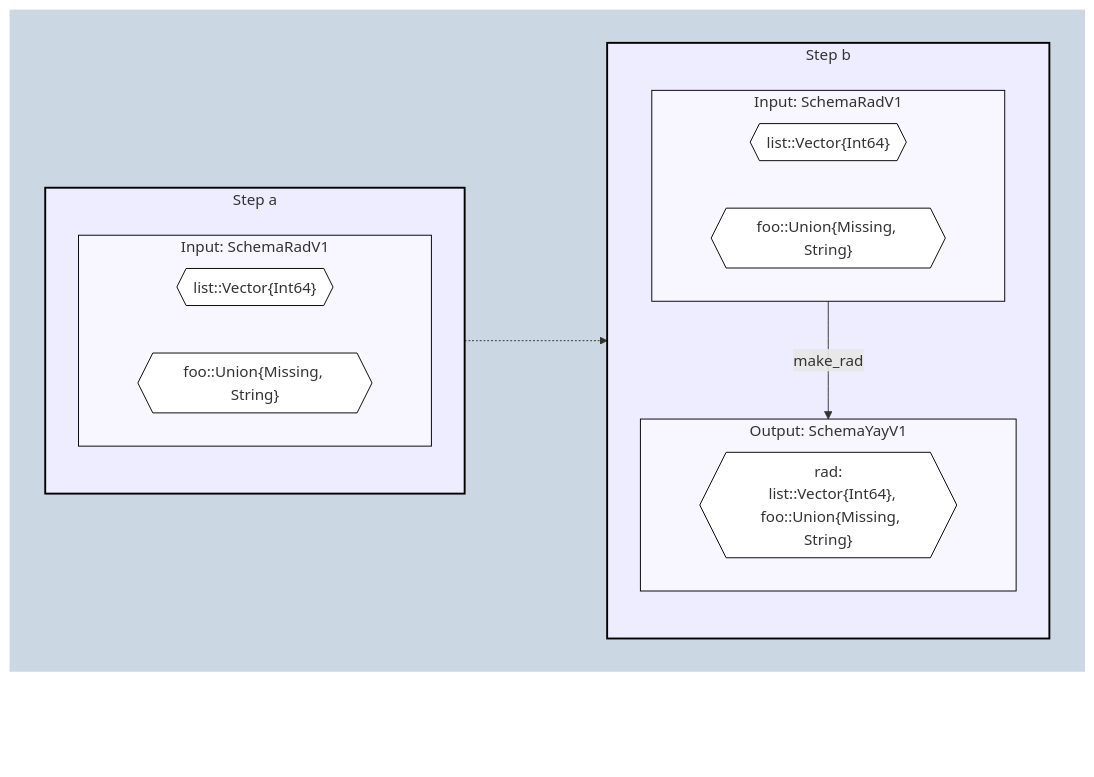
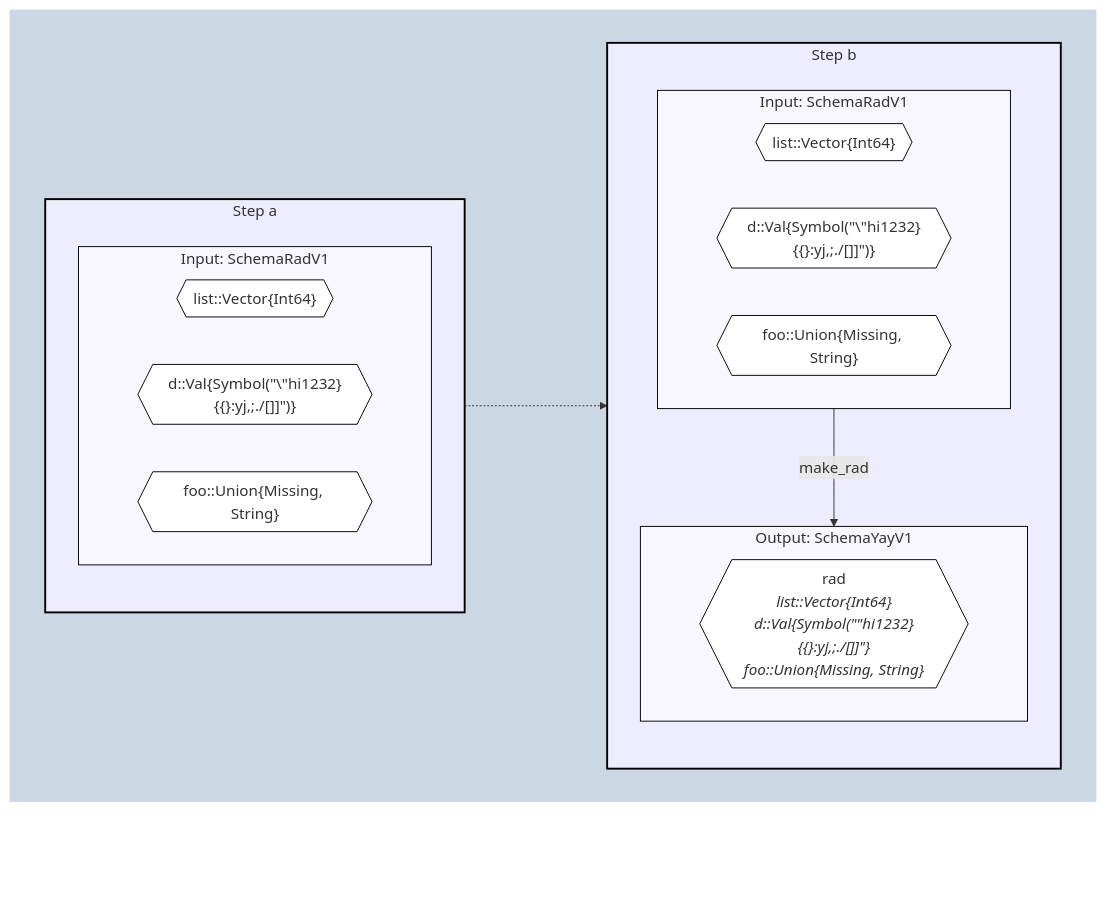
Before and after one commit to beacon-biosignals/TransformSpecifications.jl: the diagram in test/reference_tests/mermaid_custom.md, drawn with Mermaid. The commit also changed 7 other files, not shown here.

First line of the commit message:
Fix missing escaping in mermaid diagram (#28)

````diff
--- a/test/reference_tests/mermaid_custom.md
+++ b/test/reference_tests/mermaid_custom.md
@@ -1,48 +1,53 @@
 ```mermaid
 flowchart
 
 %% Define steps (nodes)
 subgraph OUTERLEVEL["` `"]
 direction LR
-subgraph STEP_A[Step a]
+subgraph STEP_A["Step a"]
   direction TB
-  subgraph STEP_A_InputSchema[Input: SchemaRadV1]
+  subgraph STEP_A_InputSchema["Input: SchemaRadV1"]
     direction RL
     STEP_A_InputSchemalist{{"list::Vector{Int64}"}}
     class STEP_A_InputSchemalist classSpecField
+    STEP_A_InputSchemad{{"d::Val{Symbol(#quot;\#quot;hi1232}{{}:yj,;./[]]#quot;)}"}}
+    class STEP_A_InputSchemad classSpecField
     STEP_A_InputSchemafoo{{"foo::Union{Missing, String}"}}
     class STEP_A_InputSchemafoo classSpecField
   end
   class STEP_A_InputSchema classSpec
 end
-subgraph STEP_B[Step b]
+subgraph STEP_B["Step b"]
   direction TB
-  subgraph STEP_B_InputSchema[Input: SchemaRadV1]
+  subgraph STEP_B_InputSchema["Input: SchemaRadV1"]
     direction RL
     STEP_B_InputSchemalist{{"list::Vector{Int64}"}}
     class STEP_B_InputSchemalist classSpecField
+    STEP_B_InputSchemad{{"d::Val{Symbol(#quot;\#quot;hi1232}{{}:yj,;./[]]#quot;)}"}}
+    class STEP_B_InputSchemad classSpecField
     STEP_B_InputSchemafoo{{"foo::Union{Missing, String}"}}
     class STEP_B_InputSchemafoo classSpecField
   end
-  subgraph STEP_B_OutputSchema[Output: SchemaYayV1]
+  subgraph STEP_B_OutputSchema["Output: SchemaYayV1"]
     direction RL
-    STEP_B_OutputSchemarad{{"rad:
-  list::Vector{Int64},
-  foo::Union{Missing, String}"}}
+    STEP_B_OutputSchemarad{{"`rad
+  *list::Vector{Int64}
+  d::Val{Symbol(#quot;\#quot;hi1232}{{}:yj,;./[]]#quot;}
+  foo::Union{Missing, String}*`"}}
     class STEP_B_OutputSchemarad classSpecField
   end
   STEP_B_InputSchema:::classSpec -- make_rad --> STEP_B_OutputSchema:::classSpec
 end
 
 %% Link steps (edges)
 STEP_A:::classStep -..-> STEP_B:::classStep
 
 end
 OUTERLEVEL:::classOuter ~~~ OUTERLEVEL:::classOuter
 
 %% Styling definitions
 classDef classOuter fill:#cbd7e2,stroke:#000,stroke-width:0px;
 classDef classStep fill:#eeedff,stroke:#000,stroke-width:2px;
 classDef classSpec fill:#f8f7ff,stroke:#000,stroke-width:1px;
 classDef classSpecField fill:#fff,stroke:#000,stroke-width:1px;
 ```
````
